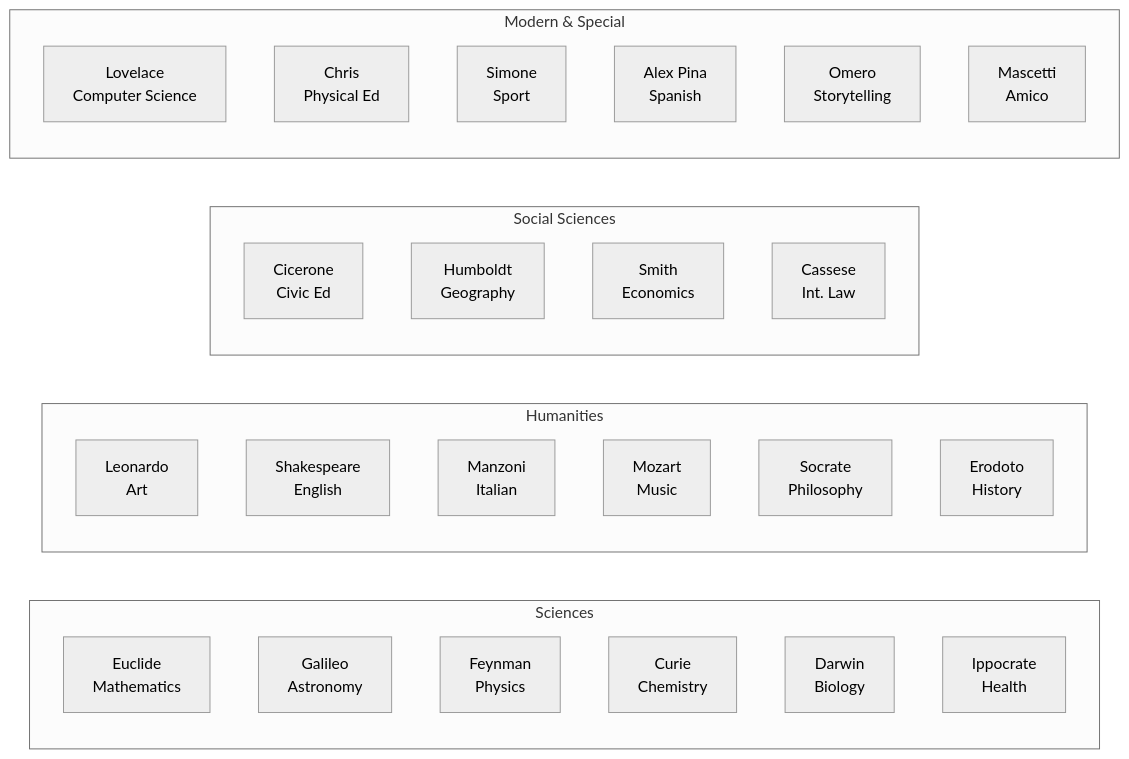
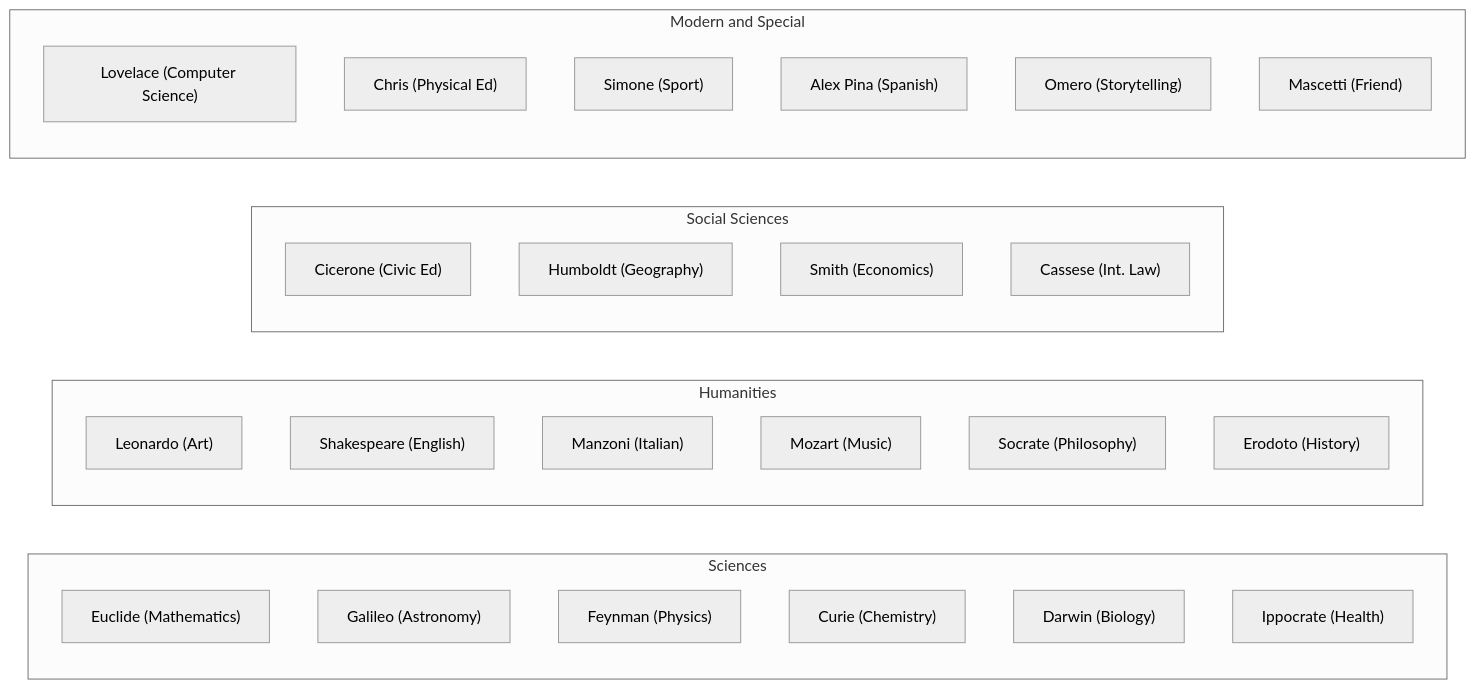
Before and after one commit to FightTheStroke/MirrorBuddy: diagram 15 of 50 in ARCHITECTURE-DIAGRAMS.md, drawn with Mermaid (neutral theme). The commit also changed other lines of this file, not shown here.

First line of the commit message:
docs(arch): rewrite diagrams in English, rename Maestri to Professors

````diff
--- a/ARCHITECTURE-DIAGRAMS.md
+++ b/ARCHITECTURE-DIAGRAMS.md
@@ -623,36 +622,36 @@
 ```mermaid
 graph LR
-    subgraph "Sciences"
-        Euclide[Euclide<br/>Mathematics]
-        Galileo[Galileo<br/>Astronomy]
-        Feynman[Feynman<br/>Physics]
-        Curie[Curie<br/>Chemistry]
-        Darwin[Darwin<br/>Biology]
-        Ippocrate[Ippocrate<br/>Health]
+    subgraph Sciences["Sciences"]
+        Euclide["Euclide (Mathematics)"]
+        Galileo["Galileo (Astronomy)"]
+        Feynman["Feynman (Physics)"]
+        Curie["Curie (Chemistry)"]
+        Darwin["Darwin (Biology)"]
+        Ippocrate["Ippocrate (Health)"]
     end
 
-    subgraph "Humanities"
-        Leonardo[Leonardo<br/>Art]
-        Shakespeare[Shakespeare<br/>English]
-        Manzoni[Manzoni<br/>Italian]
-        Mozart[Mozart<br/>Music]
-        Socrate[Socrate<br/>Philosophy]
-        Erodoto[Erodoto<br/>History]
+    subgraph Humanities["Humanities"]
+        Leonardo["Leonardo (Art)"]
+        Shakespeare["Shakespeare (English)"]
+        Manzoni["Manzoni (Italian)"]
+        Mozart["Mozart (Music)"]
+        Socrate["Socrate (Philosophy)"]
+        Erodoto["Erodoto (History)"]
     end
 
-    subgraph "Social Sciences"
-        Cicerone[Cicerone<br/>Civic Ed]
-        Humboldt[Humboldt<br/>Geography]
-        Smith[Smith<br/>Economics]
-        Cassese[Cassese<br/>Int. Law]
+    subgraph Social_Sciences["Social Sciences"]
+        Cicerone["Cicerone (Civic Ed)"]
+        Humboldt["Humboldt (Geography)"]
+        Smith["Smith (Economics)"]
+        Cassese["Cassese (Int. Law)"]
     end
 
-    subgraph "Modern & Special"
-        Lovelace[Lovelace<br/>Computer Science]
-        Chris[Chris<br/>Physical Ed]
-        Simone[Simone<br/>Sport]
-        AlexPina[Alex Pina<br/>Spanish]
-        Omero[Omero<br/>Storytelling]
-        Mascetti[Mascetti<br/>Amico]
+    subgraph Modern_Special["Modern and Special"]
+        Lovelace["Lovelace (Computer Science)"]
+        Chris["Chris (Physical Ed)"]
+        Simone["Simone (Sport)"]
+        AlexPina["Alex Pina (Spanish)"]
+        Omero["Omero (Storytelling)"]
+        Mascetti["Mascetti (Friend)"]
     end
 ```
````
